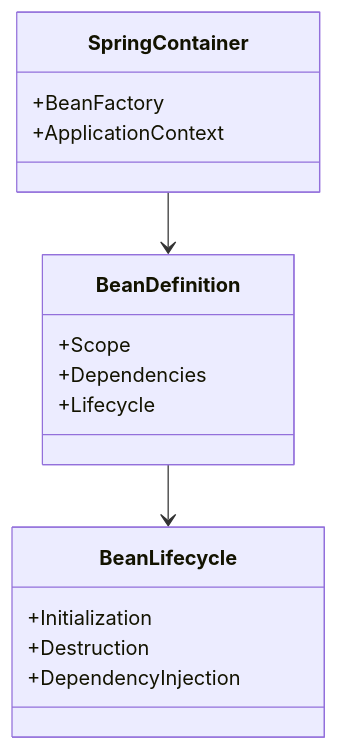
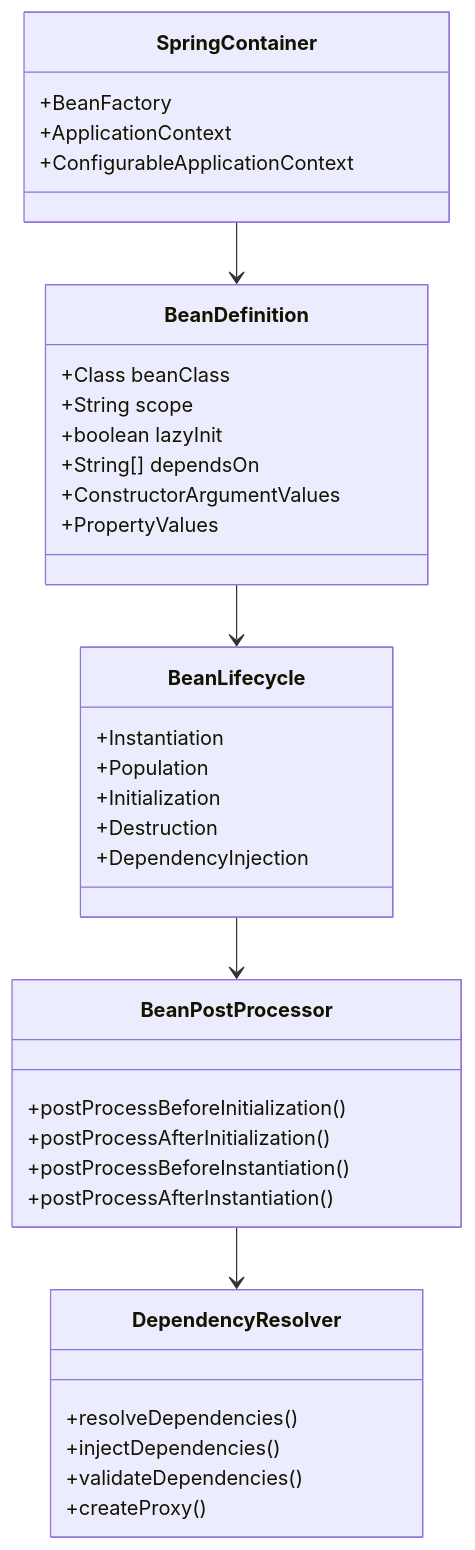
Before and after one commit to Vinskao/ty-multiverse-backend: the eighth of 16 diagrams in README.md, drawn with Mermaid. The commit also changed other lines of this file, not shown here.

Commit message:
info: update graph

````diff
--- a/README.md
+++ b/README.md
@@ -265,22 +424,44 @@
 ```mermaid
 classDiagram
     class SpringContainer {
         +BeanFactory
         +ApplicationContext
+        +ConfigurableApplicationContext
     }
     
     class BeanDefinition {
-        +Scope
-        +Dependencies
-        +Lifecycle
+        +Class<?> beanClass
+        +String scope
+        +boolean lazyInit
+        +String[] dependsOn
+        +ConstructorArgumentValues
+        +PropertyValues
     }
     
     class BeanLifecycle {
+        +Instantiation
+        +Population
         +Initialization
         +Destruction
         +DependencyInjection
     }
     
+    class BeanPostProcessor {
+        +postProcessBeforeInitialization()
+        +postProcessAfterInitialization()
+        +postProcessBeforeInstantiation()
+        +postProcessAfterInstantiation()
+    }
+    
+    class DependencyResolver {
+        +resolveDependencies()
+        +injectDependencies()
+        +validateDependencies()
+        +createProxy()
+    }
+    
     SpringContainer --> BeanDefinition
     BeanDefinition --> BeanLifecycle
+    BeanLifecycle --> BeanPostProcessor
+    BeanPostProcessor --> DependencyResolver
 ```
````
